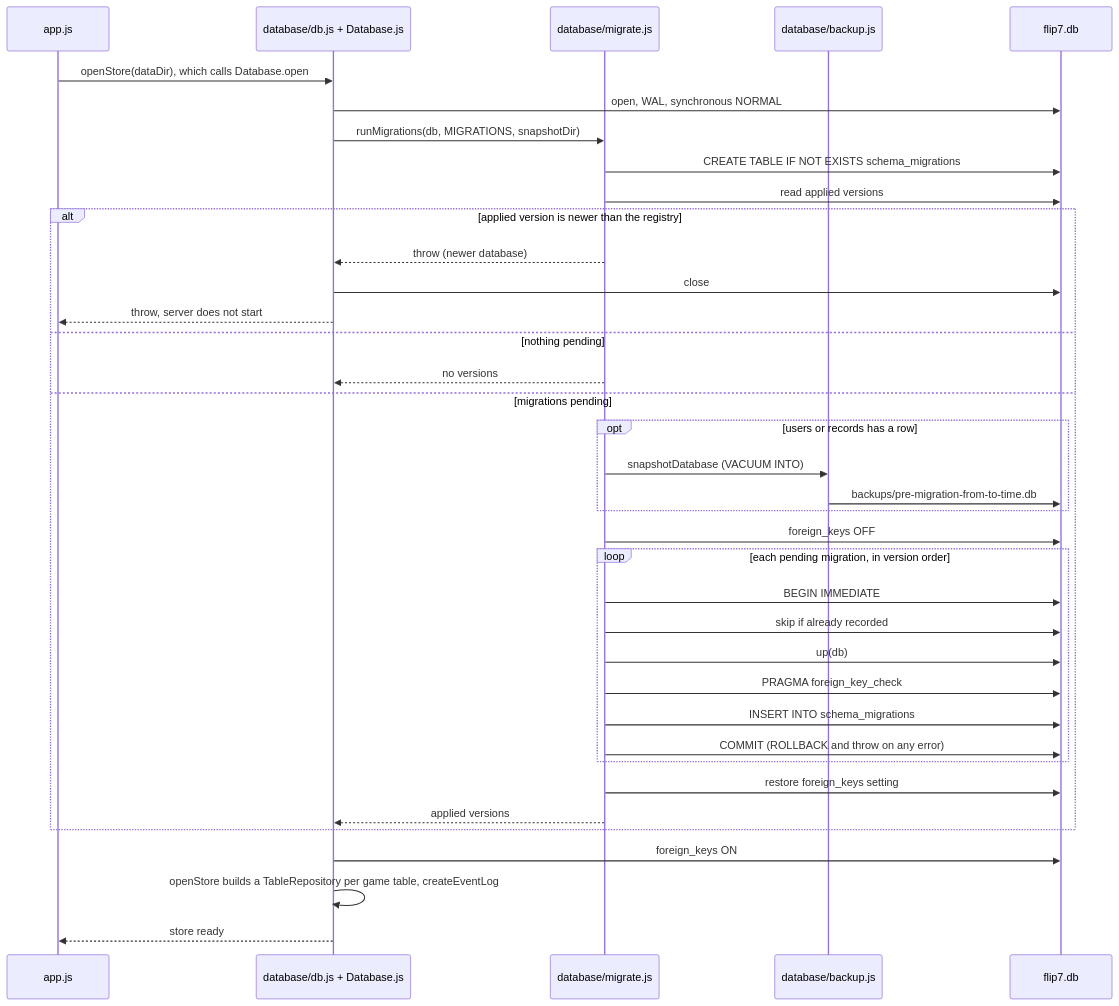
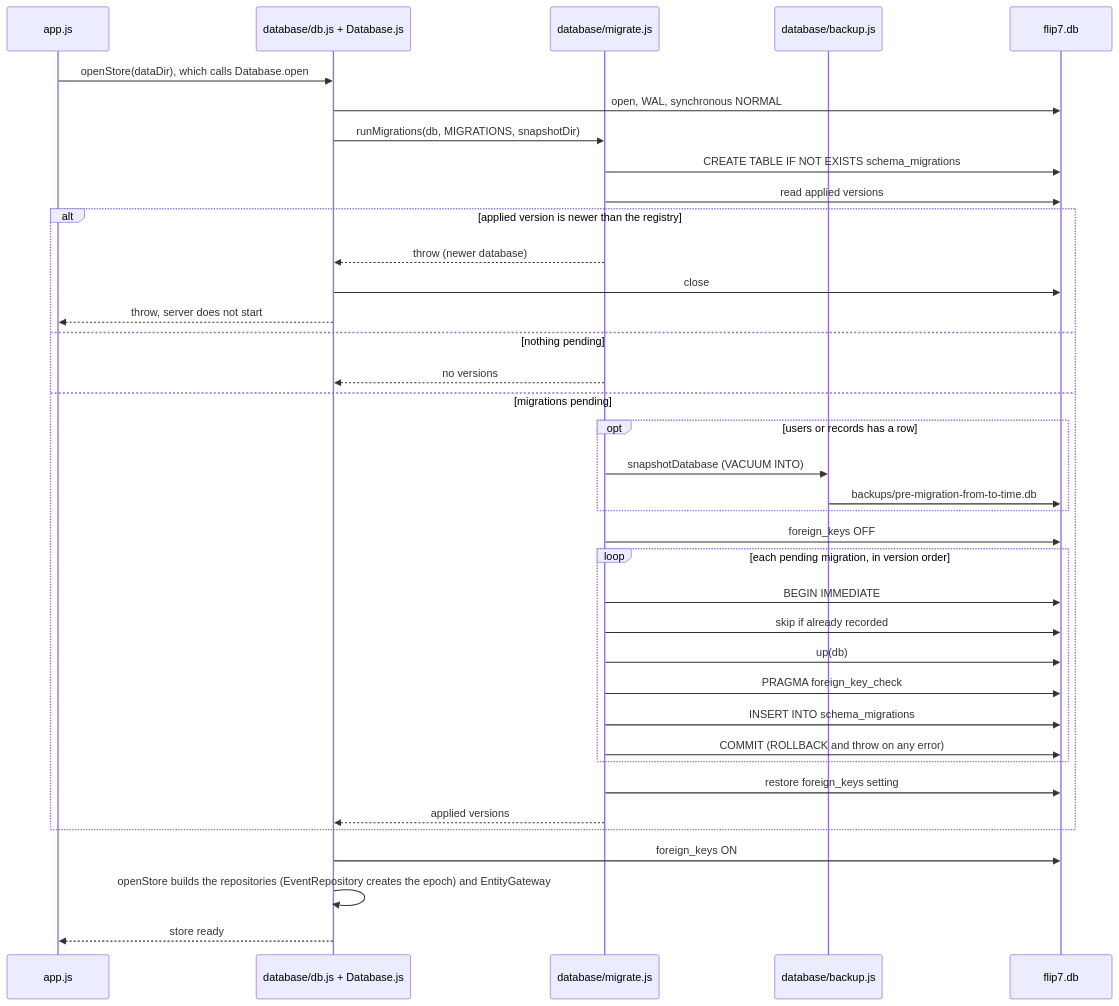
Before and after one commit to ruttyj/FlipShowdown: the fourth of 5 diagrams in docs/database.md, drawn with Mermaid. The commit also changed other lines of this file and 7 other files, not shown here.

First line of the commit message:
Run the store on the repositories

````diff
--- a/docs/database.md
+++ b/docs/database.md
@@ -321,40 +329,40 @@
 ```mermaid
 sequenceDiagram
     participant App as app.js
     participant Db as database/db.js + Database.js
     participant Runner as database/migrate.js
     participant Backup as database/backup.js
     participant File as flip7.db
 
     App->>Db: openStore(dataDir), which calls Database.open
     Db->>File: open, WAL, synchronous NORMAL
     Db->>Runner: runMigrations(db, MIGRATIONS, snapshotDir)
     Runner->>File: CREATE TABLE IF NOT EXISTS schema_migrations
     Runner->>File: read applied versions
     alt applied version is newer than the registry
         Runner-->>Db: throw (newer database)
         Db->>File: close
         Db-->>App: throw, server does not start
     else nothing pending
         Runner-->>Db: no versions
     else migrations pending
         opt users or records has a row
             Runner->>Backup: snapshotDatabase (VACUUM INTO)
             Backup->>File: backups/pre-migration-from-to-time.db
         end
         Runner->>File: foreign_keys OFF
         loop each pending migration, in version order
             Runner->>File: BEGIN IMMEDIATE
             Runner->>File: skip if already recorded
             Runner->>File: up(db)
             Runner->>File: PRAGMA foreign_key_check
             Runner->>File: INSERT INTO schema_migrations
             Runner->>File: COMMIT (ROLLBACK and throw on any error)
         end
         Runner->>File: restore foreign_keys setting
         Runner-->>Db: applied versions
     end
     Db->>File: foreign_keys ON
-    Db->>Db: openStore builds a TableRepository per game table, createEventLog
+    Db->>Db: openStore builds the repositories (EventRepository creates the epoch) and EntityGateway
     Db-->>App: store ready
 ```
````
